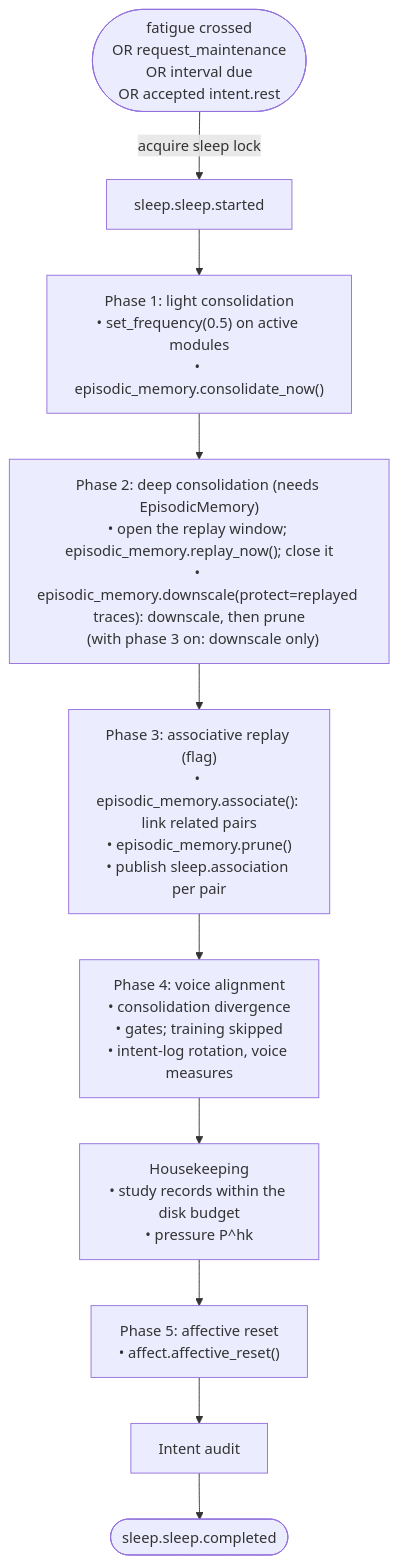
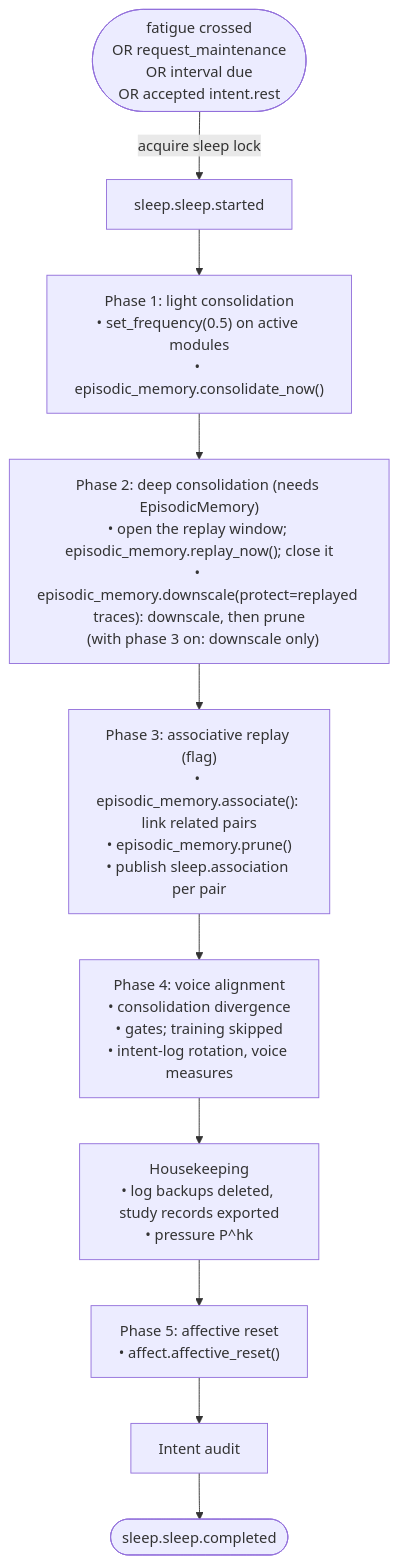
Before and after one commit to kaineone/kaine: the diagram in docs/09-modules/sleep.md, drawn with Mermaid. The commit also changed other lines of this file and 31 other files, not shown here.

````diff
--- a/docs/09-modules/sleep.md
+++ b/docs/09-modules/sleep.md
@@ -47,17 +47,17 @@
 ```mermaid
 flowchart TD
     S([fatigue crossed\nOR request_maintenance\nOR interval due\nOR accepted intent.rest]) -->|acquire sleep lock| ST[sleep.sleep.started]
     ST --> P1
     P1["Phase 1: light consolidation\n• set_frequency(0.5) on active modules\n• episodic_memory.consolidate_now()"]
     P1 --> P2
     P2["Phase 2: deep consolidation (needs EpisodicMemory)\n• open the replay window; episodic_memory.replay_now(); close it\n• episodic_memory.downscale(protect=replayed traces): downscale, then prune\n  (with phase 3 on: downscale only)"]
     P2 --> P3
     P3["Phase 3: associative replay (flag)\n• episodic_memory.associate(): link related pairs\n• episodic_memory.prune()\n• publish sleep.association per pair"]
     P3 --> P4
     P4["Phase 4: voice alignment\n• consolidation divergence\n• gates; training skipped\n• intent-log rotation, voice measures"]
-    P4 --> HK["Housekeeping\n• study records within the disk budget\n• pressure P^hk"]
+    P4 --> HK["Housekeeping\n• log backups deleted, study records exported\n• pressure P^hk"]
     HK --> P5
     P5["Phase 5: affective reset\n• affect.affective_reset()"]
     P5 --> R[Intent audit]
     R --> E([sleep.sleep.completed])
 ```
````
